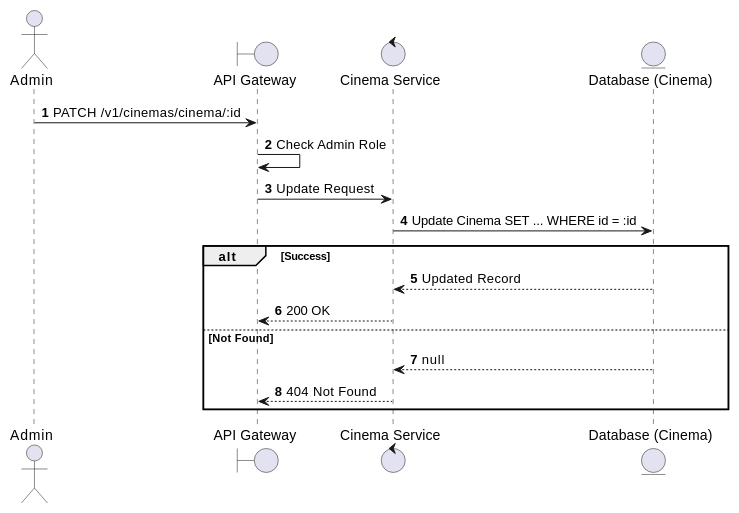
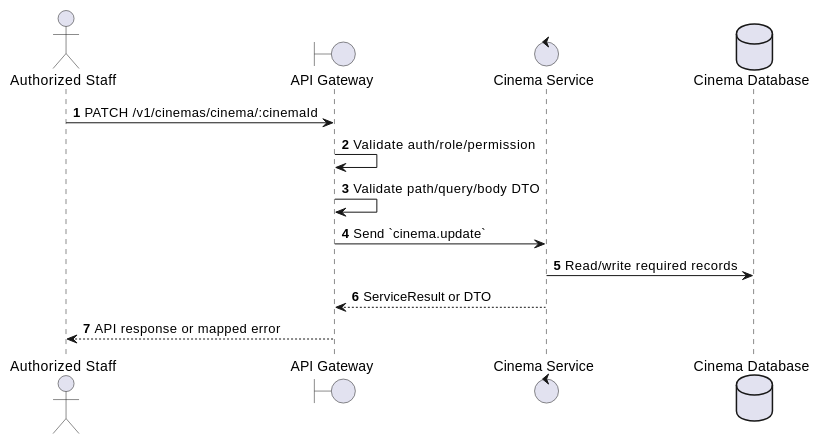
One commit to Tanh1603/movie-hub-architecture changed the first of 2 diagrams in docs/functional_specs/3.2.1_Cinema_Management/CM-03_Update_Cinema.md. Above: the diagram before and after it, drawn with PlantUML. The commit also changed other lines of this file and 126 other files, not shown here.

````diff
--- a/docs/functional_specs/3.2.1_Cinema_Management/CM-03_Update_Cinema.md
+++ b/docs/functional_specs/3.2.1_Cinema_Management/CM-03_Update_Cinema.md
@@ -17,21 +17,17 @@
 ```plantuml
 @startuml
 autonumber
-actor Admin
+actor "Authorized Staff" as Actor
 boundary "API Gateway" as GW
-control "Cinema Service" as CS
-entity "Database (Cinema)" as DB
+control "Cinema Service" as SVC
+database "Cinema Database" as DB
 
-Admin -> GW: PATCH /v1/cinemas/cinema/:id
-GW -> GW: Check Admin Role
-GW -> CS: Update Request
-CS -> DB: Update Cinema SET ... WHERE id = :id
-alt Success
-    DB --> CS: Updated Record
-    CS --> GW: 200 OK
-else Not Found
-    DB --> CS: null
-    CS --> GW: 404 Not Found
-end
+Actor -> GW: PATCH /v1/cinemas/cinema/:cinemaId
+GW -> GW: Validate auth/role/permission
+GW -> GW: Validate path/query/body DTO
+GW -> SVC: Send `cinema.update`
+SVC -> DB: Read/write required records
+SVC --> GW: ServiceResult or DTO
+GW --> Actor: API response or mapped error
 @enduml
 ```
````
